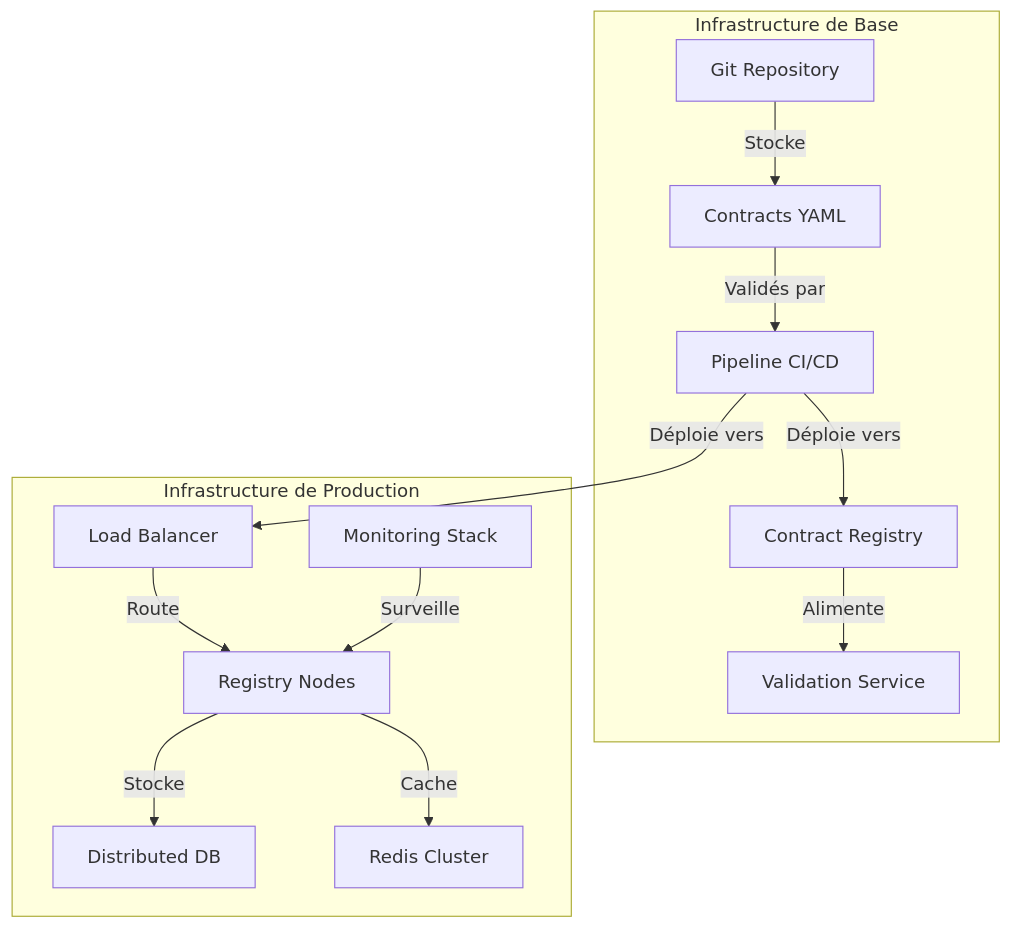
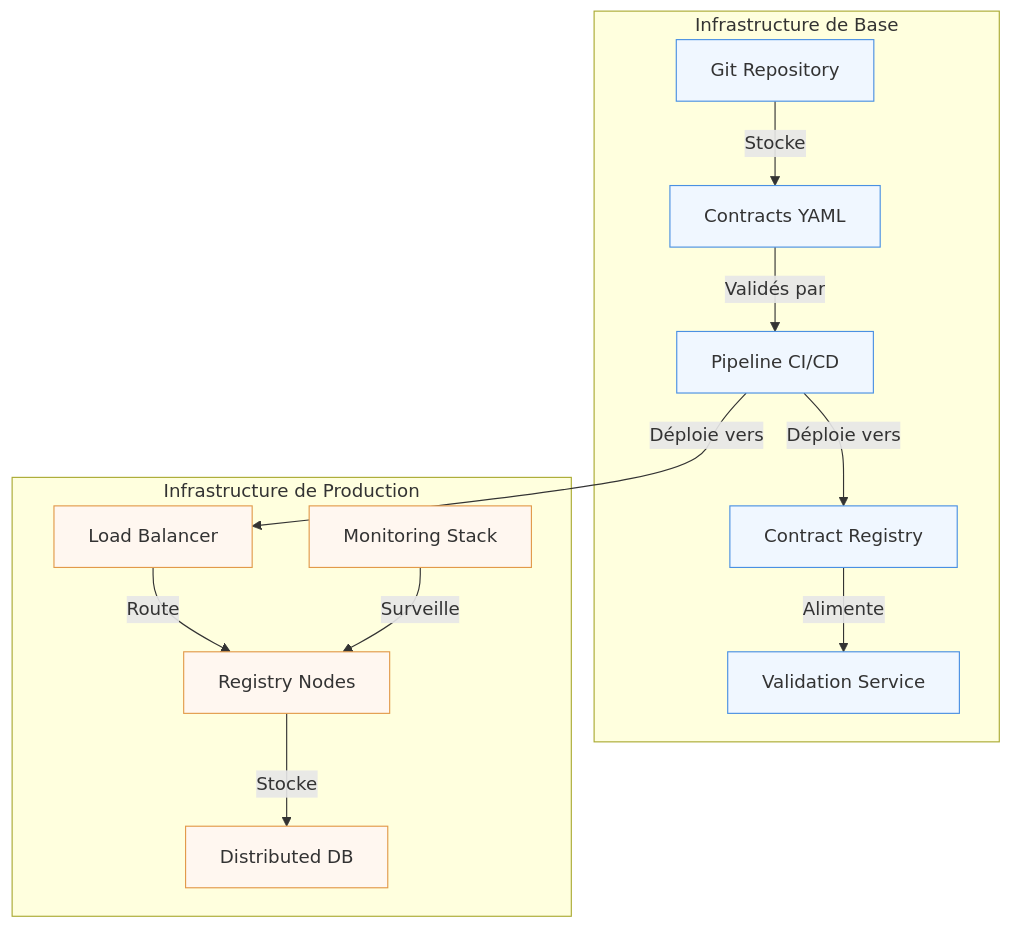
The diagram in docs/fr/articles/05-implementation.md (monmaya/pyb-data-contracts), drawn with Mermaid before and after one commit. The commit also changed other lines of this file and 15 other files, not shown here.

````diff
--- a/docs/fr/articles/05-implementation.md
+++ b/docs/fr/articles/05-implementation.md
@@ -9,18 +11,34 @@
 ```mermaid
 graph TD
-    subgraph "Infrastructure de Base"
-        A[Git Repository] -->|Stocke| B[Contracts YAML]
-        B -->|Validés par| C[Pipeline CI/CD]
-        C -->|Déploie vers| D[Contract Registry]
-        D -->|Alimente| E[Validation Service]
+    subgraph Infra_Base["Infrastructure de Base"]
+        Git[Git Repository]
+        Yaml[Contracts YAML]
+        Pipeline[Pipeline CI/CD]
+        Registry[Contract Registry]
+        Validation[Validation Service]
+
+        Git -->|Stocke| Yaml
+        Yaml -->|Validés par| Pipeline
+        Pipeline -->|Déploie vers| Registry
+        Registry -->|Alimente| Validation
     end
+
+    subgraph Infra_Prod["Infrastructure de Production"]
+        LB[Load Balancer]
+        Nodes[Registry Nodes]
+        DB[Distributed DB]
+        Monitor[Monitoring Stack]
+
+        LB -->|Route| Nodes
+        Nodes -->|Stocke| DB
+        Monitor -->|Surveille| Nodes
+    end
+
+    Pipeline -->|Déploie vers| LB
+
+    classDef infraBase fill:#f0f7ff,stroke:#4a90e2
+    classDef infraProd fill:#fff7f0,stroke:#e29a4a
     
-    subgraph "Infrastructure de Production"
-        F[Load Balancer] -->|Route| G[Registry Nodes]
-        G -->|Stocke| H[Distributed DB]
-        G -->|Cache| I[Redis Cluster]
-        J[Monitoring Stack] -->|Surveille| G
-    end
-    
-    C -->|Déploie vers| F
+    class Git,Yaml,Pipeline,Registry,Validation infraBase
+    class LB,Nodes,DB,Monitor infraProd
 ```
````
